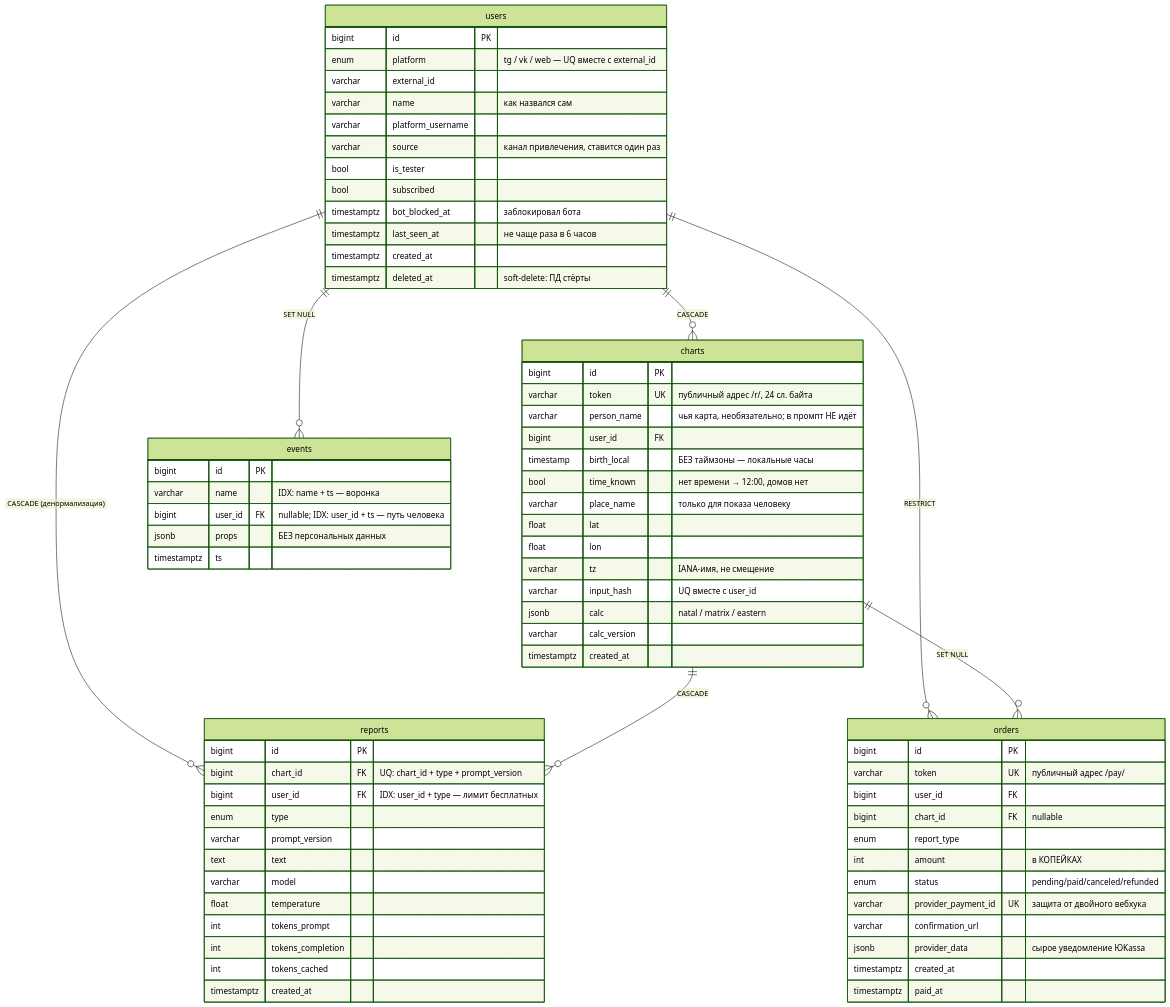
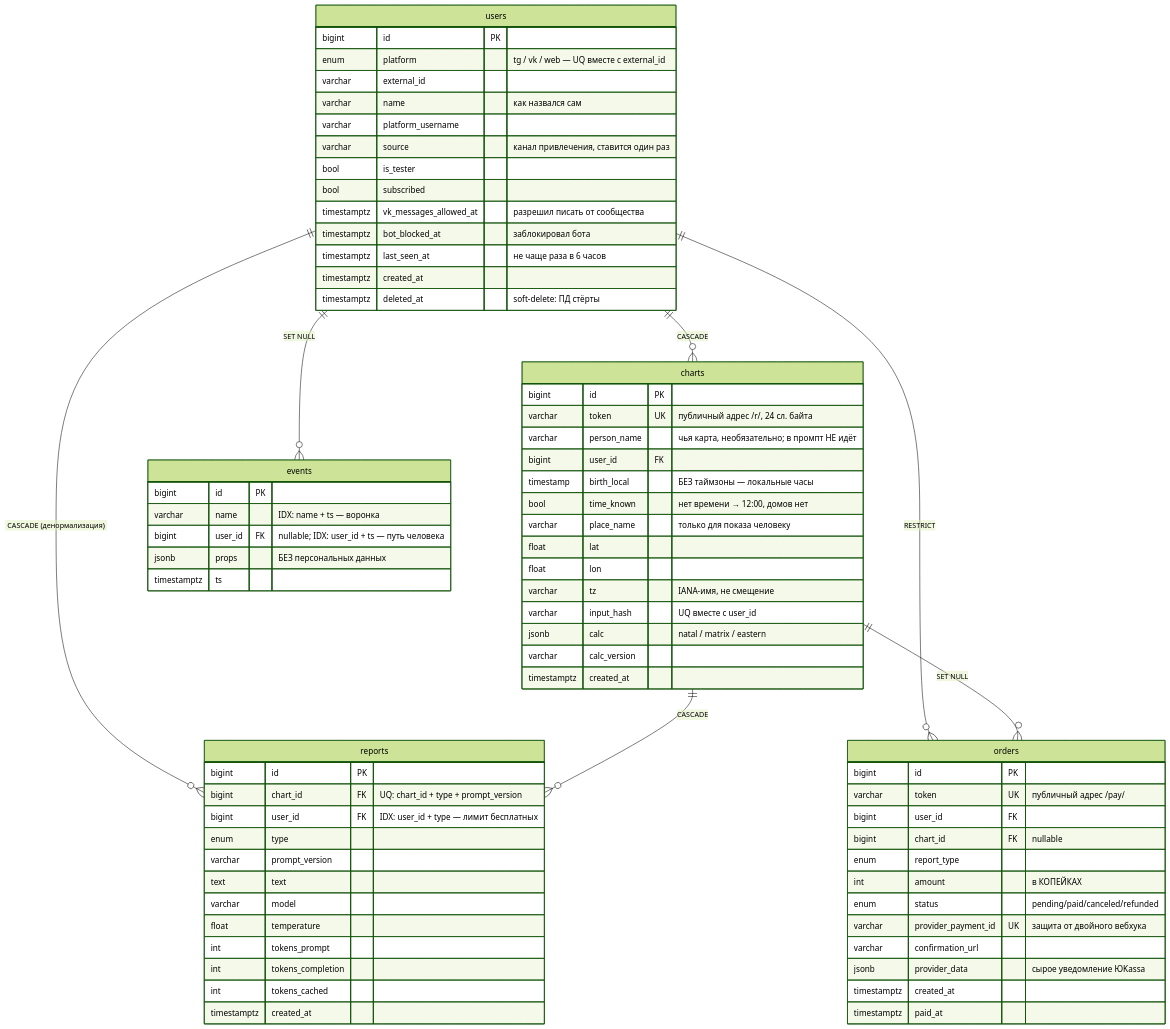
Before and after one commit to ngbaranov1970/AstroService: the diagram in docs/db-schema.md, drawn with Mermaid (forest theme). The commit also changed other lines of this file and 23 other files, not shown here.

````diff
--- a/docs/db-schema.md
+++ b/docs/db-schema.md
@@ -9,79 +9,80 @@
 ```mermaid
 erDiagram
     users ||--o{ charts  : "CASCADE"
     users ||--o{ reports : "CASCADE (денормализация)"
     users ||--o{ orders  : "RESTRICT"
     users ||--o{ events  : "SET NULL"
     charts ||--o{ reports : "CASCADE"
     charts ||--o{ orders  : "SET NULL"
 
     users {
         bigint   id PK
         enum     platform  "tg / vk / web — UQ вместе с external_id"
         varchar  external_id
         varchar  name          "как назвался сам"
         varchar  platform_username
         varchar  source        "канал привлечения, ставится один раз"
         bool     is_tester
         bool     subscribed
+        timestamptz vk_messages_allowed_at "разрешил писать от сообщества"
         timestamptz bot_blocked_at "заблокировал бота"
         timestamptz last_seen_at   "не чаще раза в 6 часов"
         timestamptz created_at
         timestamptz deleted_at     "soft-delete: ПД стёрты"
     }
 
     charts {
         bigint   id PK
         varchar  token UK      "публичный адрес /r/<token>, 24 сл. байта"
         varchar  person_name   "чья карта, необязательно; в промпт НЕ идёт"
         bigint   user_id FK
         timestamp birth_local  "БЕЗ таймзоны — локальные часы"
         bool     time_known    "нет времени → 12:00, домов нет"
         varchar  place_name    "только для показа человеку"
         float    lat
         float    lon
         varchar  tz            "IANA-имя, не смещение"
         varchar  input_hash    "UQ вместе с user_id"
         jsonb    calc          "natal / matrix / eastern"
         varchar  calc_version
         timestamptz created_at
     }
 
     reports {
         bigint   id PK
         bigint   chart_id FK "UQ: chart_id + type + prompt_version"
         bigint   user_id FK  "IDX: user_id + type — лимит бесплатных"
         enum     type
         varchar  prompt_version
         text     text
         varchar  model
         float    temperature
         int      tokens_prompt
         int      tokens_completion
         int      tokens_cached
         timestamptz created_at
     }
 
     orders {
         bigint   id PK
         varchar  token UK "публичный адрес /pay/<token>"
         bigint   user_id FK
         bigint   chart_id FK "nullable"
         enum     report_type
         int      amount "в КОПЕЙКАХ"
         enum     status "pending/paid/canceled/refunded"
         varchar  provider_payment_id UK "защита от двойного вебхука"
         varchar  confirmation_url
         jsonb    provider_data "сырое уведомление ЮKassa"
         timestamptz created_at
         timestamptz paid_at
     }
 
     events {
         bigint   id PK
         varchar  name    "IDX: name + ts — воронка"
         bigint   user_id FK "nullable; IDX: user_id + ts — путь человека"
         jsonb    props   "БЕЗ персональных данных"
         timestamptz ts
     }
 ```
````
